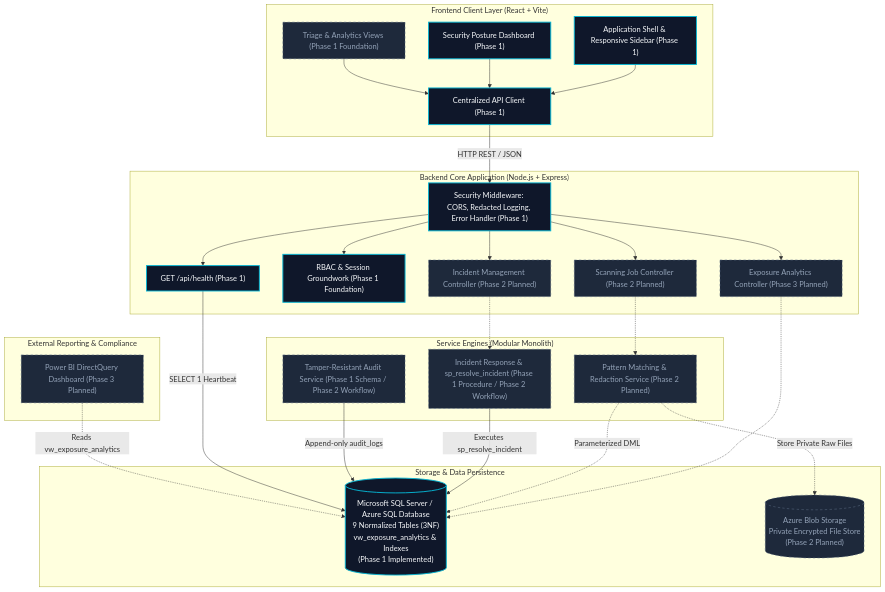
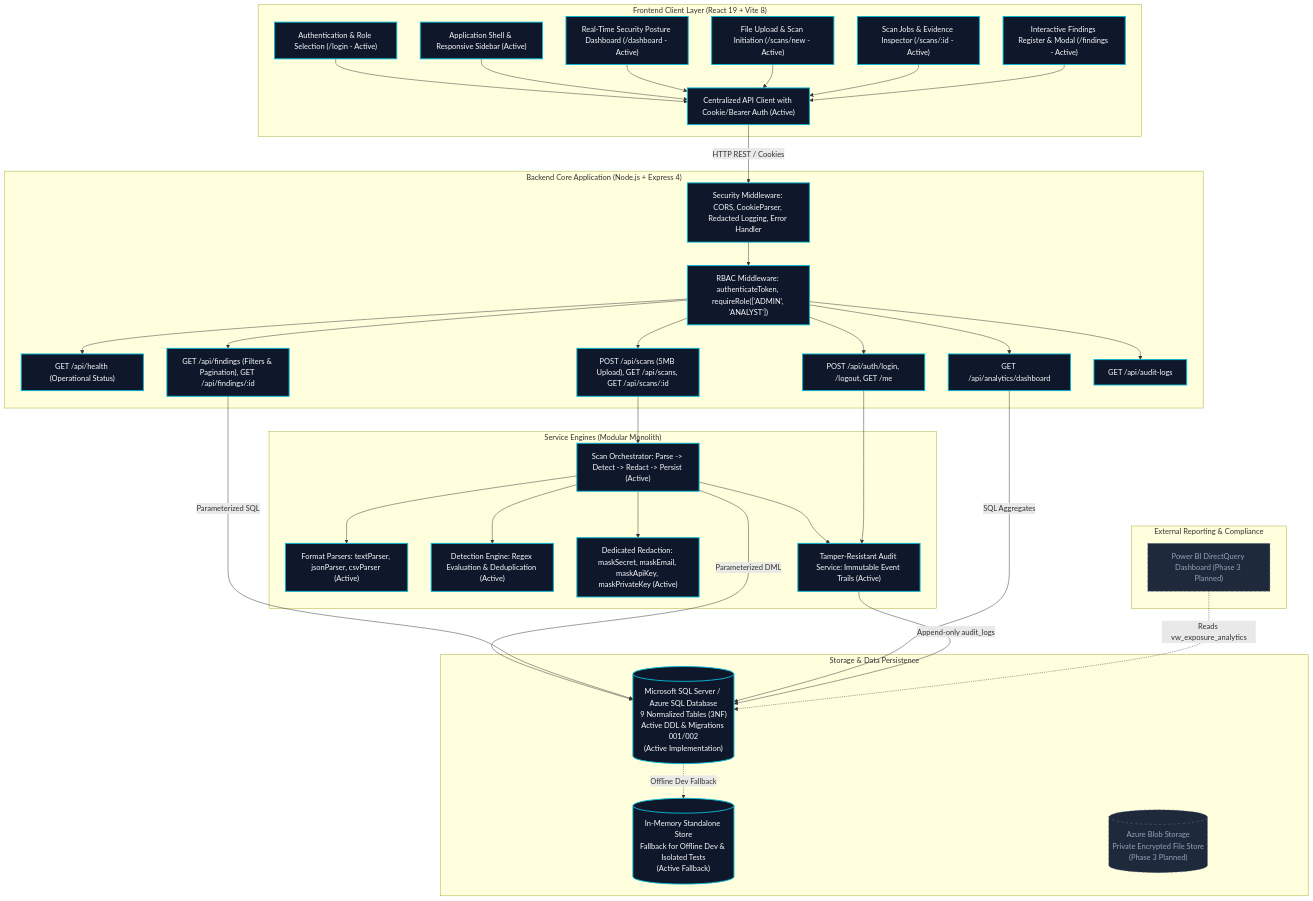
One commit to Amankumarx1/Leaklens changed the diagram in docs/architecture.md. Above: the diagram before and after it, drawn with Mermaid. The commit also changed other lines of this file and 53 other files, not shown here.

Commit message:
feat: complete Phase 2 authentication, detection engine, file upload, masking, and findings dashboard

````diff
--- a/docs/architecture.md
+++ b/docs/architecture.md
@@ -19,60 +19,76 @@
 ```mermaid
 flowchart TB
-    subgraph ClientLayer["Frontend Client Layer (React + Vite)"]
-        UI_Shell["Application Shell & Responsive Sidebar (Phase 1)"]
-        UI_Dash["Security Posture Dashboard (Phase 1)"]
-        UI_Placeholders["Triage & Analytics Views (Phase 1 Foundation)"]
-        UI_API["Centralized API Client (Phase 1)"]
+    subgraph ClientLayer["Frontend Client Layer (React 19 + Vite 8)"]
+        UI_Login["Authentication & Role Selection (/login - Active)"]
+        UI_Shell["Application Shell & Responsive Sidebar (Active)"]
+        UI_Dash["Real-Time Security Posture Dashboard (/dashboard - Active)"]
+        UI_Upload["File Upload & Scan Initiation (/scans/new - Active)"]
+        UI_Scans["Scan Jobs & Evidence Inspector (/scans/:id - Active)"]
+        UI_Findings["Interactive Findings Register & Modal (/findings - Active)"]
+        UI_API["Centralized API Client with Cookie/Bearer Auth (Active)"]
     end
 
-    subgraph APILayer["Backend Core Application (Node.js + Express)"]
-        Middleware["Security Middleware: CORS, Redacted Logging, Error Handler (Phase 1)"]
-        HealthRoute["GET /api/health (Phase 1)"]
-        AuthModule["RBAC & Session Groundwork (Phase 1 Foundation)"]
-        ScanAPI["Scanning Job Controller (Phase 2 Planned)"]
-        IncidentAPI["Incident Management Controller (Phase 2 Planned)"]
-        AnalyticsAPI["Exposure Analytics Controller (Phase 3 Planned)"]
+    subgraph APILayer["Backend Core Application (Node.js + Express 4)"]
+        Middleware["Security Middleware: CORS, CookieParser, Redacted Logging, Error Handler"]
+        AuthModule["RBAC Middleware: authenticateToken, requireRole(['ADMIN', 'ANALYST'])"]
+        HealthRoute["GET /api/health (Operational Status)"]
+        AuthAPI["POST /api/auth/login, /logout, GET /me"]
+        ScanAPI["POST /api/scans (5MB Upload), GET /api/scans, GET /api/scans/:id"]
+        FindingAPI["GET /api/findings (Filters & Pagination), GET /api/findings/:id"]
+        AnalyticsAPI["GET /api/analytics/dashboard"]
+        AuditAPI["GET /api/audit-logs"]
     end
 
     subgraph ServiceLayer["Service Engines (Modular Monolith)"]
-        ScanEngine["Pattern Matching & Redaction Service (Phase 2 Planned)"]
-        IncidentService["Incident Response & sp_resolve_incident (Phase 1 Procedure / Phase 2 Workflow)"]
-        AuditService["Tamper-Resistant Audit Service (Phase 1 Schema / Phase 2 Workflow)"]
+        ParserEngine["Format Parsers: textParser, jsonParser, csvParser (Active)"]
+        DetectionEngine["Detection Engine: Regex Evaluation & Deduplication (Active)"]
+        MaskingService["Dedicated Redaction: maskSecret, maskEmail, maskApiKey, maskPrivateKey (Active)"]
+        ScannerService["Scan Orchestrator: Parse -> Detect -> Redact -> Persist (Active)"]
+        AuditService["Tamper-Resistant Audit Service: Immutable Event Trails (Active)"]
     end
 
     subgraph PersistenceLayer["Storage & Data Persistence"]
-        AzureSQL[("Microsoft SQL Server / Azure SQL Database\n9 Normalized Tables (3NF)\nvw_exposure_analytics & Indexes\n(Phase 1 Implemented)")]
-        AzureBlob[("Azure Blob Storage\nPrivate Encrypted File Store\n(Phase 2 Planned)")]
+        AzureSQL[("Microsoft SQL Server / Azure SQL Database\n9 Normalized Tables (3NF)\nActive DDL & Migrations 001/002\n(Active Implementation)")]
+        MemoryStore[("In-Memory Standalone Store\nFallback for Offline Dev & Isolated Tests\n(Active Fallback)")]
+        AzureBlob[("Azure Blob Storage\nPrivate Encrypted File Store\n(Phase 3 Planned)")]
     end
 
     subgraph AnalyticsLayer["External Reporting & Compliance"]
         PowerBI["Power BI DirectQuery Dashboard (Phase 3 Planned)"]
     end
 
-    %% Client to API interactions
+    %% Client Interactions
+    UI_Login --> UI_API
     UI_Shell --> UI_API
     UI_Dash --> UI_API
-    UI_Placeholders --> UI_API
-    UI_API -->|HTTP REST / JSON| Middleware
+    UI_Upload --> UI_API
+    UI_Scans --> UI_API
+    UI_Findings --> UI_API
+    UI_API -->|HTTP REST / Cookies| Middleware
 
-    %% Middleware routing
-    Middleware --> HealthRoute
+    %% Middleware Routing
     Middleware --> AuthModule
-    Middleware --> ScanAPI
-    Middleware --> IncidentAPI
-    Middleware --> AnalyticsAPI
+    AuthModule --> HealthRoute
+    AuthModule --> AuthAPI
+    AuthModule --> ScanAPI
+    AuthModule --> FindingAPI
+    AuthModule --> AnalyticsAPI
+    AuthModule --> AuditAPI
 
     %% Backend to Services
-    ScanAPI -.-> ScanEngine
-    IncidentAPI -.-> IncidentService
-    AnalyticsAPI -.-> AzureSQL
+    ScanAPI --> ScannerService
+    ScannerService --> ParserEngine
+    ScannerService --> DetectionEngine
+    ScannerService --> MaskingService
+    ScannerService --> AuditService
+    AuthAPI --> AuditService
 
-    %% Services to Storage
-    ScanEngine -.->|Store Private Raw Files| AzureBlob
-    ScanEngine -.->|Parameterized DML| AzureSQL
-    IncidentService -->|Executes sp_resolve_incident| AzureSQL
+    %% Persistence
+    ScannerService -->|Parameterized DML| AzureSQL
+    FindingAPI -->|Parameterized SQL| AzureSQL
+    AnalyticsAPI -->|SQL Aggregates| AzureSQL
     AuditService -->|Append-only audit_logs| AzureSQL
-    HealthRoute -->|SELECT 1 Heartbeat| AzureSQL
+    AzureSQL -.->|Offline Dev Fallback| MemoryStore
 
     %% External
     PowerBI -.->|Reads vw_exposure_analytics| AzureSQL
@@ -80,6 +96,6 @@
     classDef implemented fill:#0f172a,stroke:#06b6d4,stroke-width:2px,color:#f8fafc;
     classDef planned fill:#1e293b,stroke:#64748b,stroke-width:1px,stroke-dasharray: 5 5,color:#94a3b8;
 
-    class UI_Shell,UI_Dash,UI_API,Middleware,HealthRoute,AuthModule,AzureSQL implemented;
-    class UI_Placeholders,ScanAPI,IncidentAPI,AnalyticsAPI,ScanEngine,IncidentService,AuditService,AzureBlob,PowerBI planned;
+    class UI_Login,UI_Shell,UI_Dash,UI_Upload,UI_Scans,UI_Findings,UI_API,Middleware,AuthModule,HealthRoute,AuthAPI,ScanAPI,FindingAPI,AnalyticsAPI,AuditAPI,ParserEngine,DetectionEngine,MaskingService,ScannerService,AuditService,AzureSQL,MemoryStore implemented;
+    class AzureBlob,PowerBI planned;
 ```
````
